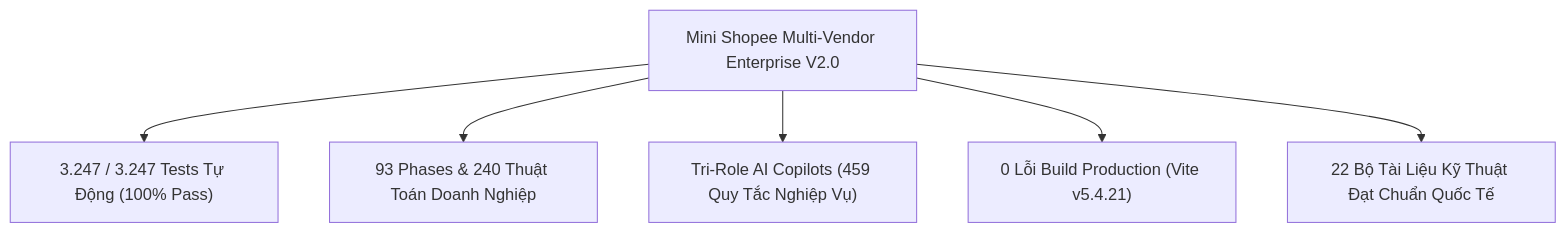
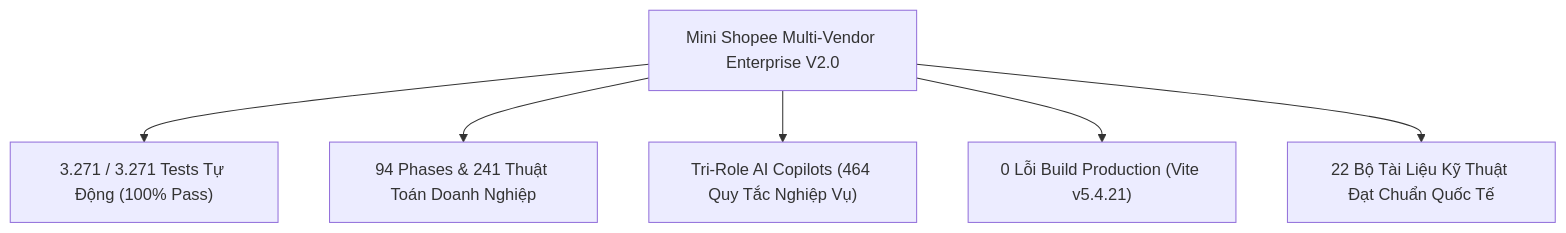
Before and after one commit to JiaysTM17/Fullstack-Ecommerce: the first of 2 diagrams in docs/DANH_MUC_HO_SO_BAN_GIAO_VA_TONG_QUAN_DU_AN.md, drawn with Mermaid. The commit also changed other lines of this file and 10 other files, not shown here.

````diff
--- a/docs/DANH_MUC_HO_SO_BAN_GIAO_VA_TONG_QUAN_DU_AN.md
+++ b/docs/DANH_MUC_HO_SO_BAN_GIAO_VA_TONG_QUAN_DU_AN.md
@@ -21,9 +21,9 @@
 ```mermaid
 graph TD
     System["Mini Shopee Multi-Vendor Enterprise V2.0"]
-    System --> Stat1["3.247 / 3.247 Tests Tự Động (100% Pass)"]
-    System --> Stat2["93 Phases & 240 Thuật Toán Doanh Nghiệp"]
-    System --> Stat3["Tri-Role AI Copilots (459 Quy Tắc Nghiệp Vụ)"]
+    System --> Stat1["3.271 / 3.271 Tests Tự Động (100% Pass)"]
+    System --> Stat2["94 Phases & 241 Thuật Toán Doanh Nghiệp"]
+    System --> Stat3["Tri-Role AI Copilots (464 Quy Tắc Nghiệp Vụ)"]
     System --> Stat4["0 Lỗi Build Production (Vite v5.4.21)"]
     System --> Stat5["22 Bộ Tài Liệu Kỹ Thuật Đạt Chuẩn Quốc Tế"]
 ```
````
